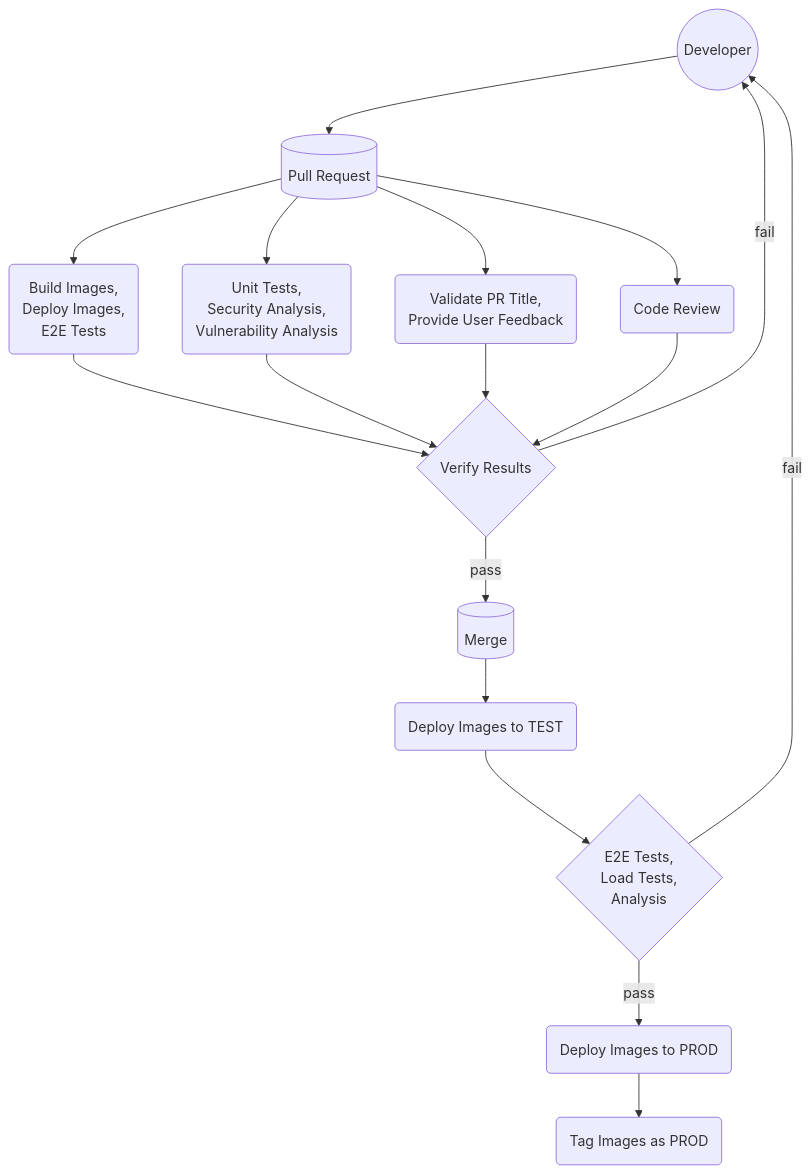
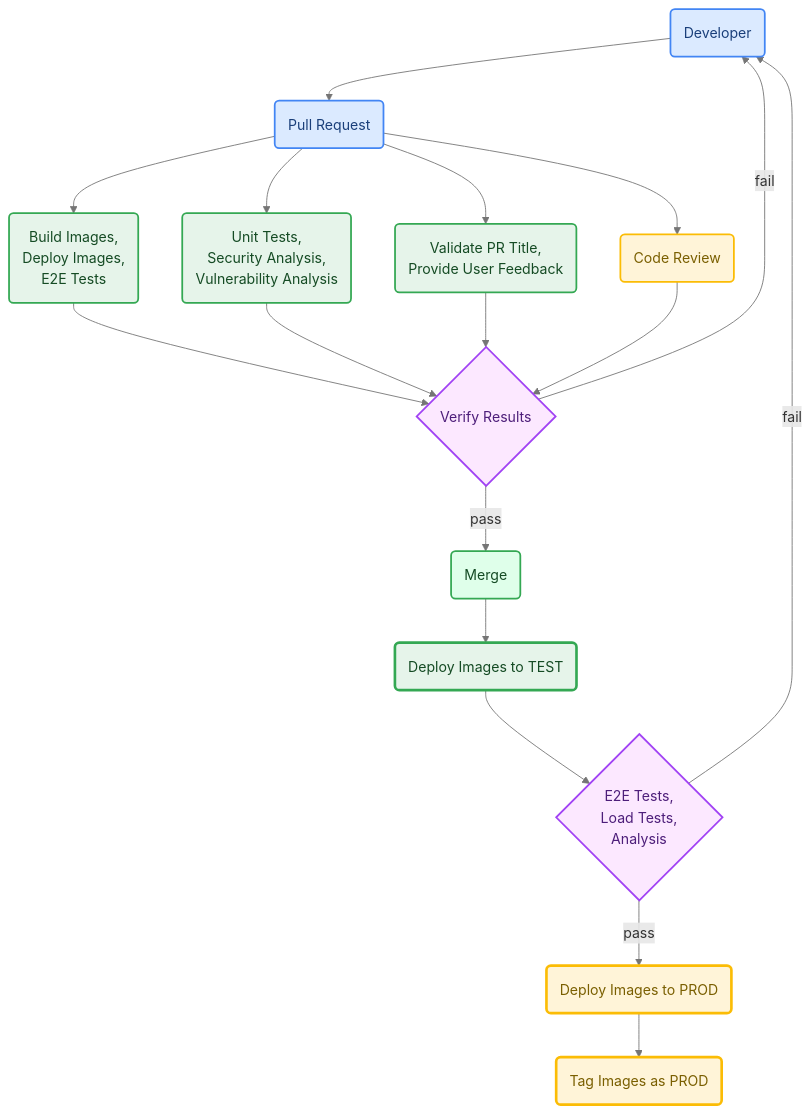
Before and after one commit to bcgov/quickstart-openshift: the second of 2 diagrams in README.md, drawn with Mermaid. The commit also changed other lines of this file, not shown here.

Commit message:
chore: colorful mermaid (#2354)

````diff
--- a/README.md
+++ b/README.md
@@ -272,39 +285,48 @@
 ```mermaid
 flowchart TD
-    A@{ shape: circle, label: "Developer" }
-    B[(Pull Request)]
-    Ba(
-        Build Images,
-        Deploy Images,
-        E2E Tests
-    )
-    Bb(
-        Unit Tests,
-        Security Analysis,
-        Vulnerability Analysis
-    )
-    Bc(
-        Validate PR Title,
-        Provide User Feedback
-    )
+    A(Developer)
+    B(Pull Request)
+    Ba(Build Images,<br/>Deploy Images,<br/>E2E Tests)
+    Bb(Unit Tests,<br/>Security Analysis,<br/>Vulnerability Analysis)
+    Bc(Validate PR Title,<br/>Provide User Feedback)
     Bd(Code Review)
-    C@{ shape: diamond, label: "Verify Results" }
-    D[(Merge)]
+    C{Verify Results}
+    D(Merge)
     E(Deploy Images to TEST)
-    F@{ shape: diamond, label: "E2E Tests, 
-        Load Tests, 
-        Analysis
-    "}
+    F{E2E Tests,<br/>Load Tests,<br/>Analysis}
     G(Deploy Images to PROD)
     H(Tag Images as PROD)
-    
+
     A --> B
     B --> Ba --> C
     B --> Bb --> C
     B --> Bc --> C
     B --> Bd --> C
-    C -->|fail| A
-    C -->|pass| D --> E --> F
-    F -->|fail| A
-    F -->|pass| G --> H
+    C -- fail --> A
+    C -- pass --> D --> E --> F
+    F -- fail --> A
+    F -- pass --> G --> H
+
+    %% Define styles with good contrast for light/dark modes
+    %% Developer & PR Actions (Blue)
+    style A fill:#dbeaff,stroke:#4285f4,stroke-width:2px,color:#1a3f7a
+    style B fill:#dbeaff,stroke:#4285f4,stroke-width:2px,color:#1a3f7a
+    %% PR Checks & Validation (Light Green)
+    style Ba fill:#e6f4ea,stroke:#34a853,stroke-width:2px,color:#154b24
+    style Bb fill:#e6f4ea,stroke:#34a853,stroke-width:2px,color:#154b24
+    style Bc fill:#e6f4ea,stroke:#34a853,stroke-width:2px,color:#154b24
+    %% Code Review (Light Gold - requires attention)
+    style Bd fill:#fff4d8,stroke:#fbbc05,stroke-width:2px,color:#7a5f01
+    %% Decision Points (Purple)
+    style C fill:#fce8ff,stroke:#a142f4,stroke-width:2px,color:#4d1e7a
+    style F fill:#fce8ff,stroke:#a142f4,stroke-width:2px,color:#4d1e7a
+    %% Merge & TEST Deployment (Green)
+    style D fill:#dfffea,stroke:#34a853,stroke-width:2px,color:#154b24
+    style E fill:#e6f4ea,stroke:#34a853,stroke-width:3px,color:#154b24
+    %% PROD Deployment & Tagging (Gold)
+    style G fill:#fff4d8,stroke:#fbbc05,stroke-width:3px,color:#7a5f01
+    style H fill:#fff4d8,stroke:#fbbc05,stroke-width:3px,color:#7a5f01
+
+    %% Link style
+    linkStyle default stroke:#757575,stroke-width:1px
 ```
````
